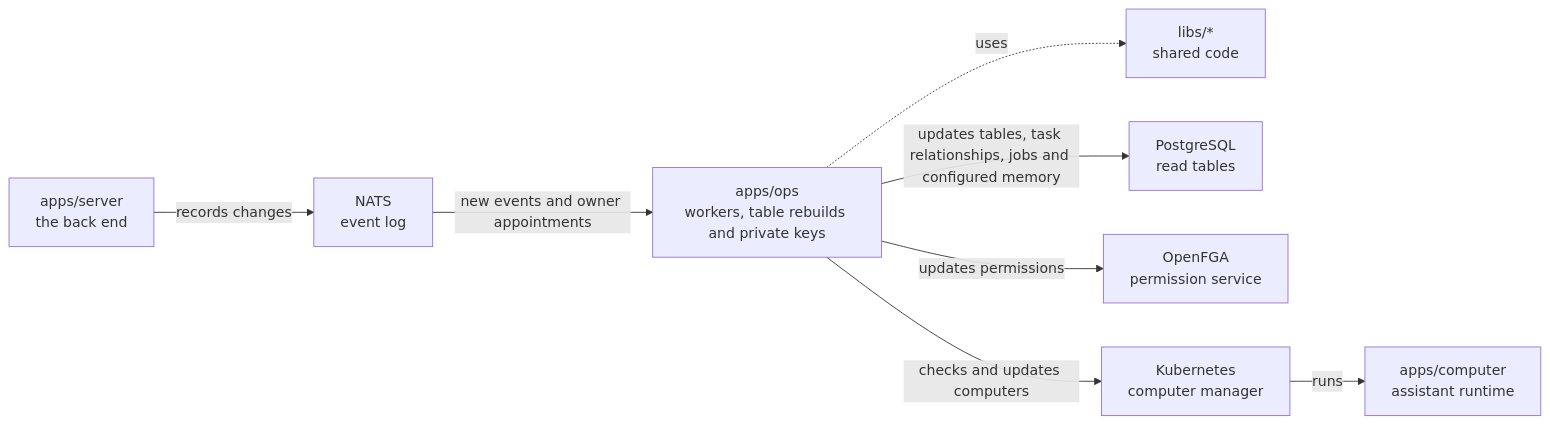
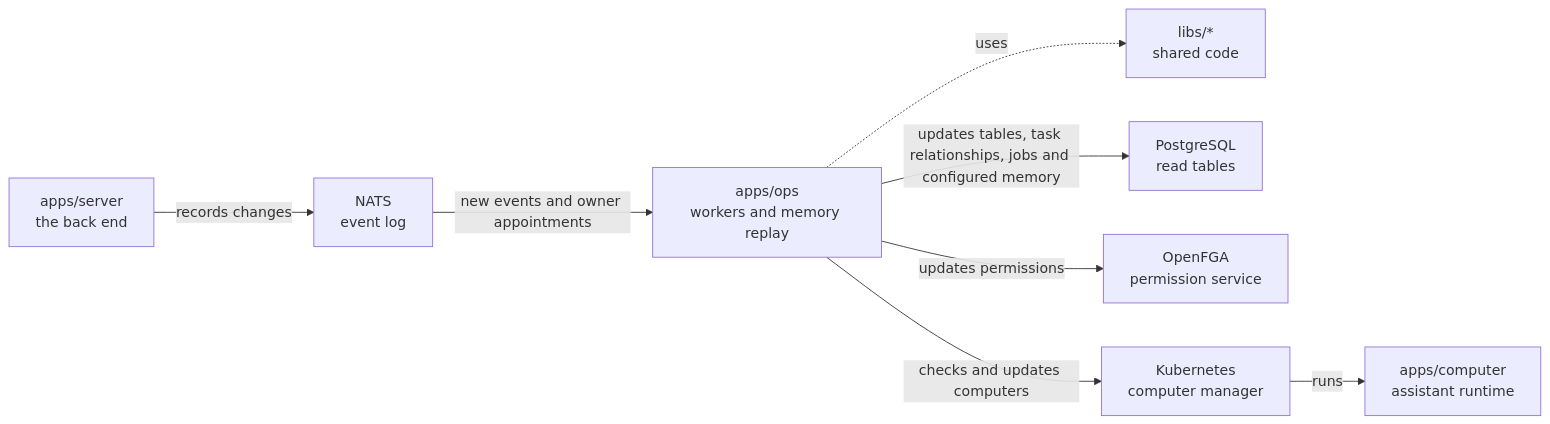
Before and after one commit to elewa-git/opencrane-new: the diagram in apps/ops/README.md, drawn with Mermaid. The commit also changed other lines of this file and 16 other files, not shown here.

````diff
--- a/apps/ops/README.md
+++ b/apps/ops/README.md
@@ -11,10 +11,10 @@
 ```mermaid
 flowchart LR
   server["apps/server<br/>the back end"] -->|records changes| nats["NATS<br/>event log"]
-  nats -->|new events and owner appointments| ops["apps/ops<br/>workers, table rebuilds and private keys"]
+  nats -->|new events and owner appointments| ops["apps/ops<br/>workers and memory replay"]
   ops -.->|uses| libs["libs/*<br/>shared code"]
   ops -->|updates tables, task relationships, jobs and configured memory| postgres["PostgreSQL<br/>read tables"]
   ops -->|updates permissions| fga["OpenFGA<br/>permission service"]
   ops -->|checks and updates computers| kube["Kubernetes<br/>computer manager"]
   kube -->|runs| computer["apps/computer<br/>assistant runtime"]
 ```
````
